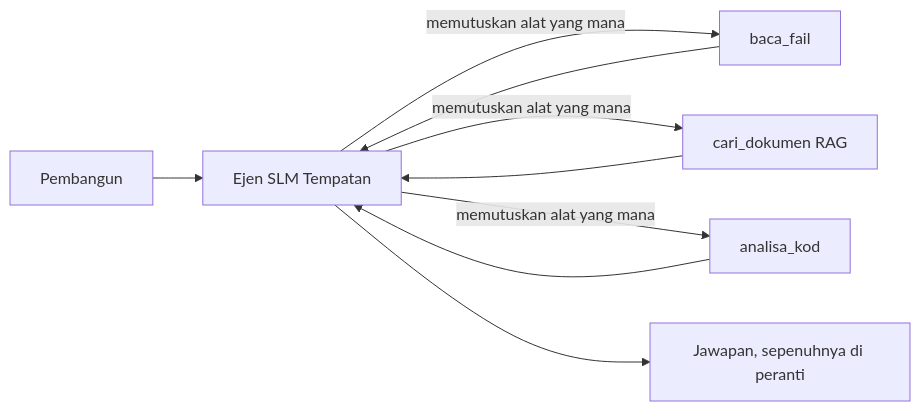
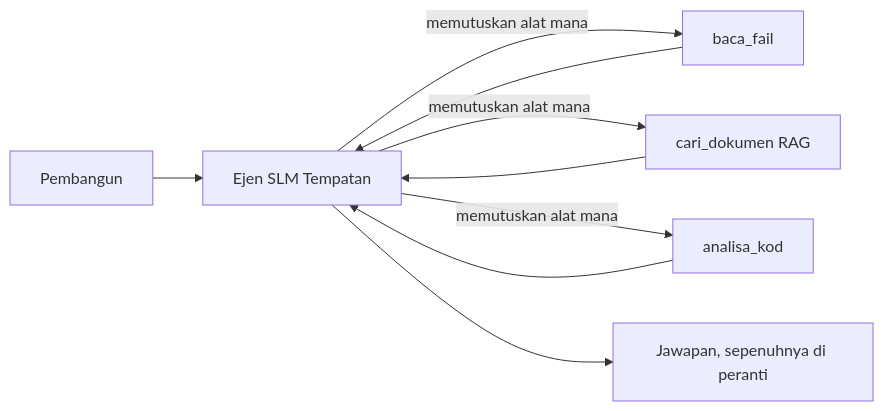
One commit to gabrielmoreira/agent-skills-mirror changed the first of 4 diagrams in mirrors/repos/microsoft@ai-agents-for-beginners/translations/ms/17-creating-local-ai-agents/README.md. Above: the diagram before and after it, drawn with Mermaid. The commit also changed other lines of this file and 4262 other files, not shown here.

````diff
--- a/mirrors/repos/microsoft@ai-agents-for-beginners/translations/ms/17-creating-local-ai-agents/README.md
+++ b/mirrors/repos/microsoft@ai-agents-for-beginners/translations/ms/17-creating-local-ai-agents/README.md
@@ -66,11 +66,11 @@
 ```mermaid
 flowchart LR
     U[Pembangun] --> A[Ejen SLM Tempatan]
-    A -->|memutuskan alat yang mana| T1[baca_fail]
-    A -->|memutuskan alat yang mana| T2[cari_dokumen RAG]
-    A -->|memutuskan alat yang mana| T3[analisa_kod]
+    A -->|memutuskan alat mana| T1[baca_fail]
+    A -->|memutuskan alat mana| T2[cari_dokumen RAG]
+    A -->|memutuskan alat mana| T3[analisa_kod]
     T1 --> A
     T2 --> A
     T3 --> A
     A --> R[Jawapan, sepenuhnya di peranti]
 ```
````
